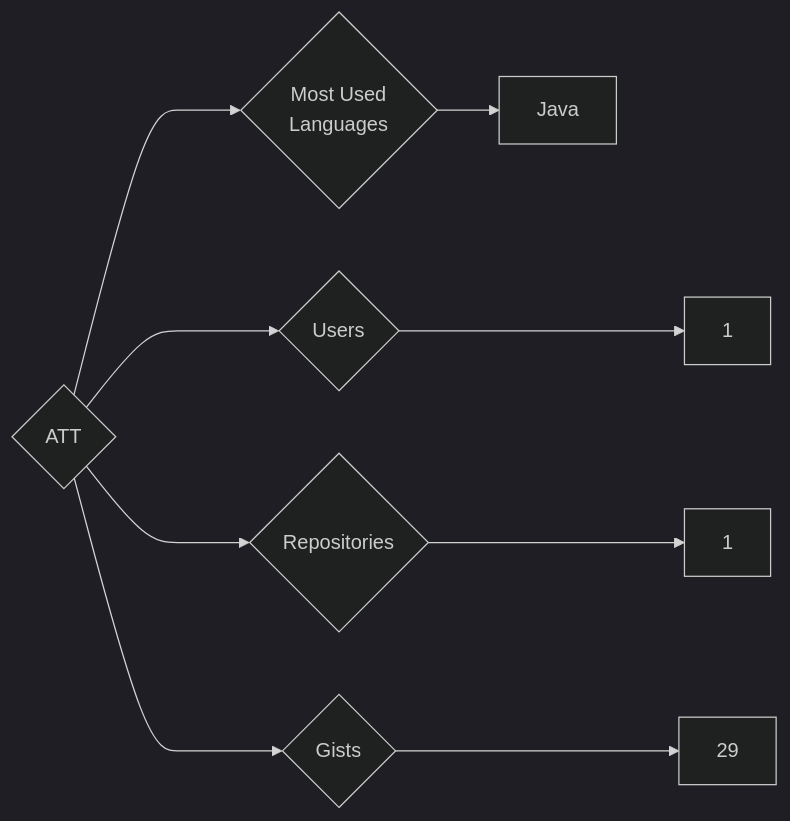
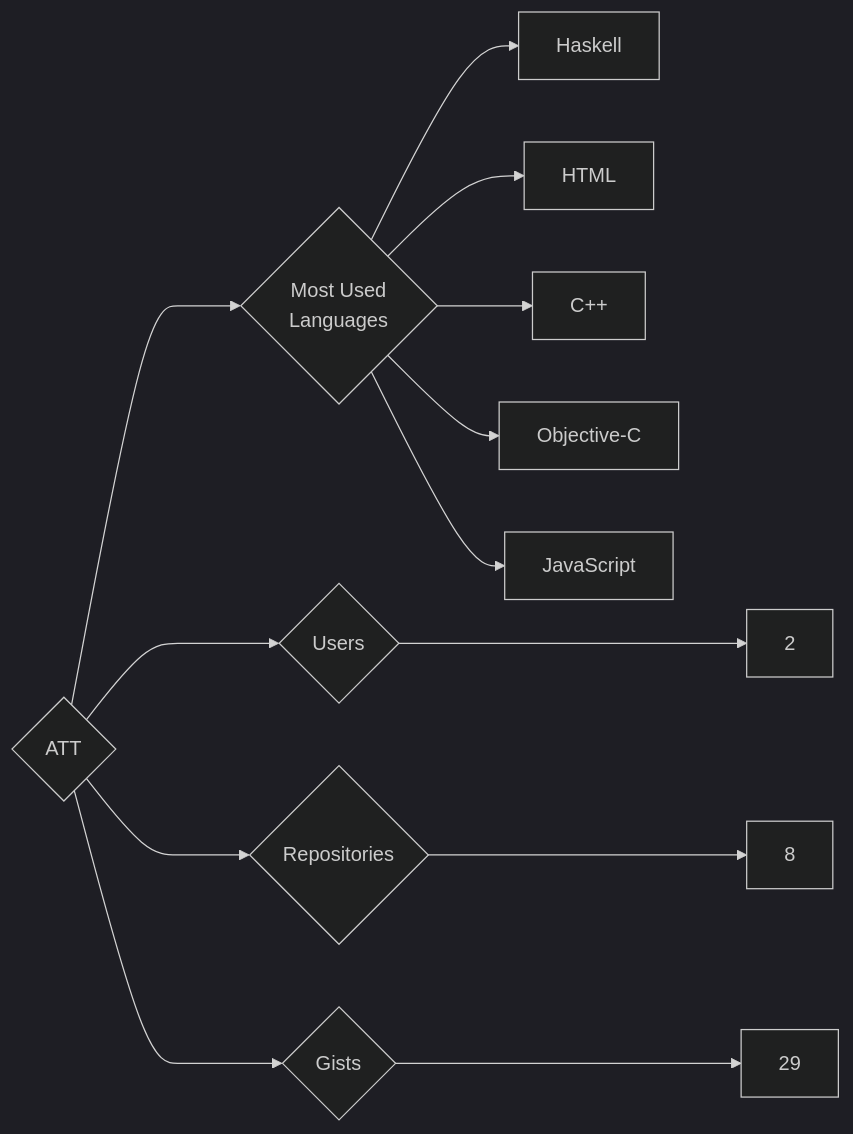
One commit to trickest/insiders changed the diagram in targets/ATT/README.md. Above: the diagram before and after it, drawn with Mermaid (dark theme). The commit also changed 776 other files, not shown here.

````diff
--- a/targets/ATT/README.md
+++ b/targets/ATT/README.md
@@ -3,9 +3,13 @@
 ```mermaid
 graph LR
 COMPANY_NAME{ATT}
-COMPANY_NAME ---> U{Users} ---> UN[1]
-COMPANY_NAME ---> R{Repositories} ---> RN[1]
+COMPANY_NAME ---> U{Users} ---> UN[2]
+COMPANY_NAME ---> R{Repositories} ---> RN[8]
 COMPANY_NAME ---> G{Gists} ---> GN[29]
 COMPANY_NAME ---> ML{Most Used<br>Languages}
-ML --> Java[Java]
+ML --> Haskell[Haskell]
+ML --> HTML[HTML]
+ML --> C++[C++]
+ML --> Objective-C[Objective-C]
+ML --> JavaScript[JavaScript]
 ```
````
